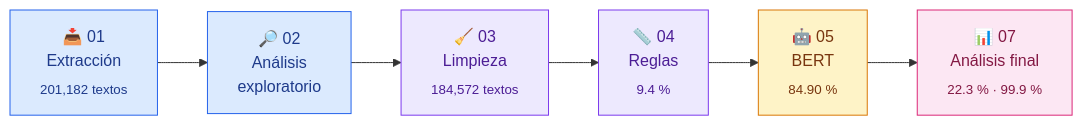
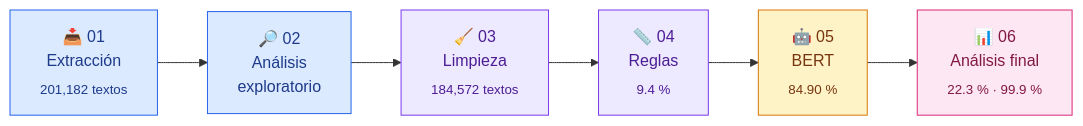
The diagram in README.md (mariimanguito/ViolenciaTechReddit), drawn with Mermaid before and after one commit. The commit also changed other lines of this file and 1 other file, not shown here.

````diff
--- a/README.md
+++ b/README.md
@@ -112,17 +108,17 @@
 ```mermaid
 flowchart LR
     A["📥 01<br>Extracción<br><sub>201,182 textos</sub>"] --> B["🔎 02<br>Análisis<br>exploratorio"]
     B --> C["🧹 03<br>Limpieza<br><sub>184,572 textos</sub>"]
     C --> D["📏 04<br>Reglas<br><sub>9.4 %</sub>"]
     D --> E["🤖 05<br>BERT<br><sub>84.90 %</sub>"]
-    E --> F["📊 07<br>Análisis final<br><sub>22.3 % · 99.9 %</sub>"]
+    E --> F["📊 06<br>Análisis final<br><sub>22.3 % · 99.9 %</sub>"]
 
     classDef datos fill:#DBEAFE,stroke:#2563EB,color:#1E3A8A
     classDef proc fill:#EDE9FE,stroke:#7C3AED,color:#4C1D95
     classDef modelo fill:#FEF3C7,stroke:#D97706,color:#78350F
     classDef final fill:#FCE7F3,stroke:#DB2777,color:#831843
     class A,B datos
     class C,D proc
     class E modelo
     class F final
 ```
````
